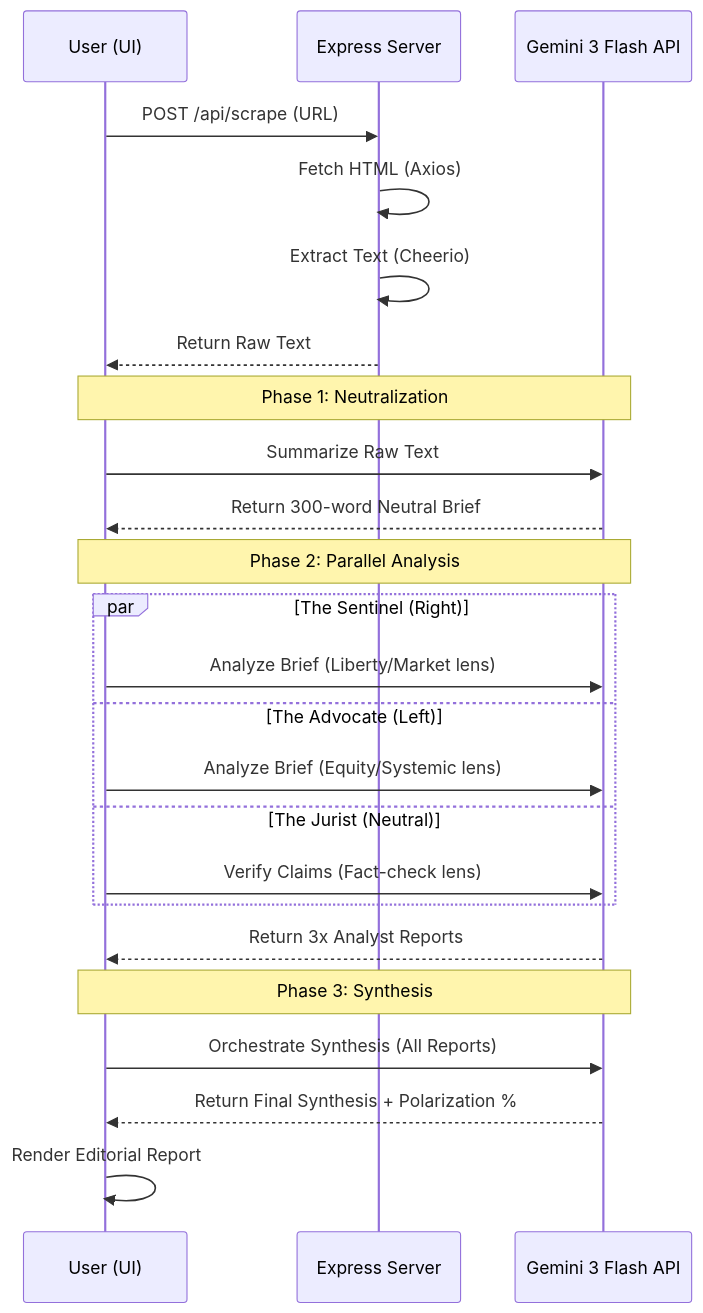
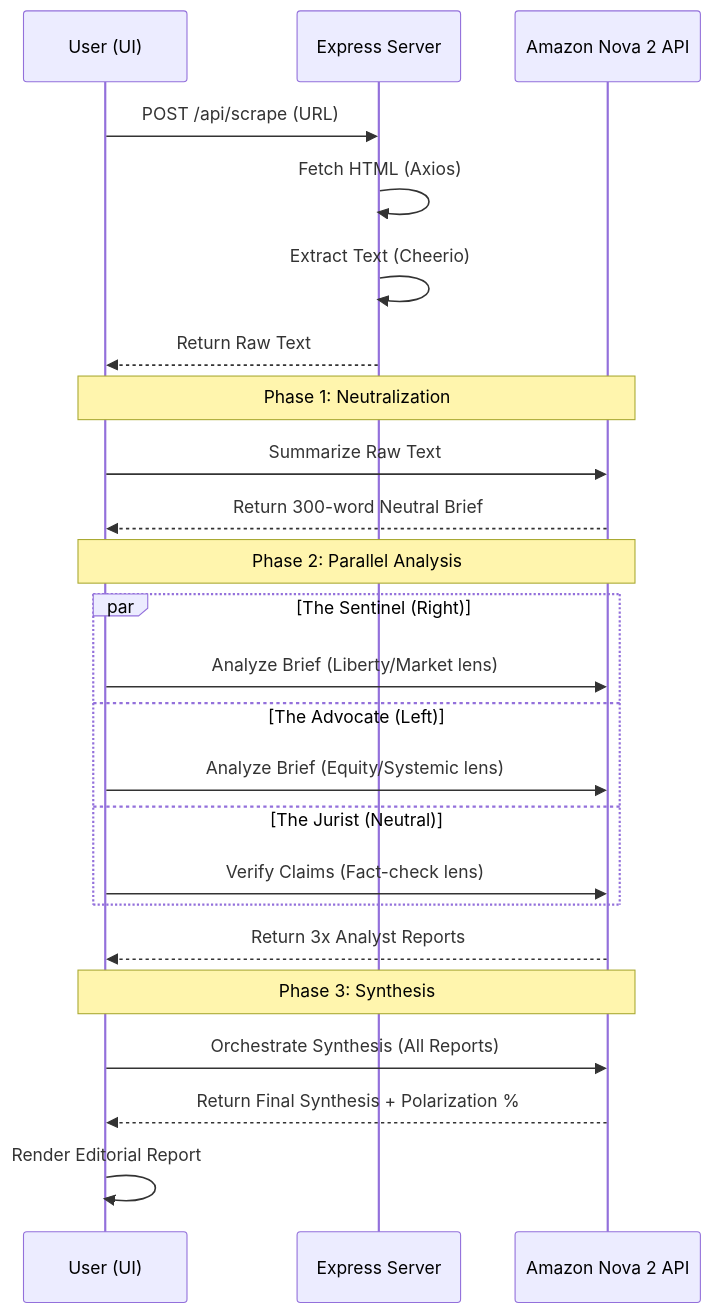
One commit to StnkRB/Nova-NewsPrism changed the first of 3 diagrams in ARCHITECTURE.md. Above: the diagram before and after it, drawn with Mermaid. The commit also changed other lines of this file and 7 other files, not shown here.

````diff
--- a/ARCHITECTURE.md
+++ b/ARCHITECTURE.md
@@ -9,30 +9,30 @@
 ```mermaid
 sequenceDiagram
     participant U as User (UI)
     participant S as Express Server
-    participant G as Gemini 3 Flash API
+    participant G as Amazon Nova 2 API
     
     U->>S: POST /api/scrape (URL)
     S->>S: Fetch HTML (Axios)
     S->>S: Extract Text (Cheerio)
     S-->>U: Return Raw Text
     
     Note over U,G: Phase 1: Neutralization
     U->>G: Summarize Raw Text
     G-->>U: Return 300-word Neutral Brief
     
     Note over U,G: Phase 2: Parallel Analysis
     par The Sentinel (Right)
         U->>G: Analyze Brief (Liberty/Market lens)
     and The Advocate (Left)
         U->>G: Analyze Brief (Equity/Systemic lens)
     and The Jurist (Neutral)
         U->>G: Verify Claims (Fact-check lens)
     end
     G-->>U: Return 3x Analyst Reports
     
     Note over U,G: Phase 3: Synthesis
     U->>G: Orchestrate Synthesis (All Reports)
     G-->>U: Return Final Synthesis + Polarization %
     U->>U: Render Editorial Report
 ```
````
